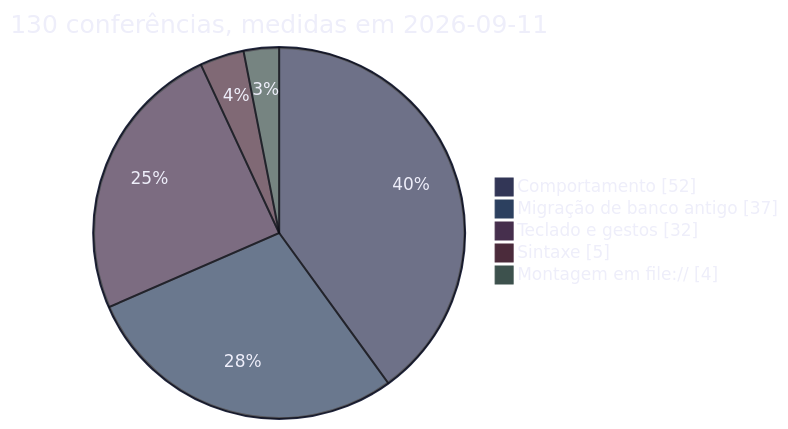
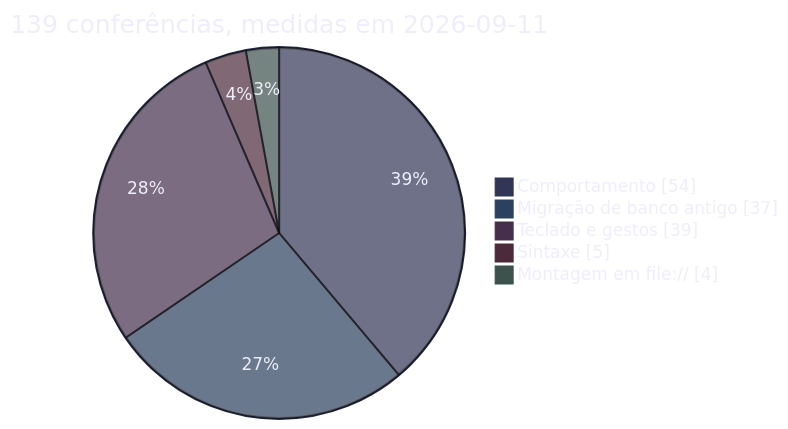
The third of 3 diagrams in README.md (v-amorim/academia), drawn with Mermaid before and after one commit. The commit also changed other lines of this file and 5 other files, not shown here.

````diff
--- a/README.md
+++ b/README.md
@@ -155,44 +155,44 @@
 ```mermaid
 ---
 config:
   theme: base
   themeVariables:
     darkMode: true
     background: "#0D0E17"
     mainBkg: "#141726"
     primaryColor: "#141726"
     primaryTextColor: "#EEEEFA"
     primaryBorderColor: "#7386d0"
     secondaryColor: "#252A42"
     secondaryTextColor: "#EEEEFA"
     tertiaryColor: "#7386D0"
     tertiaryTextColor: "#EEEEFA"
     lineColor: "#7386d0"
     textColor: "#EEEEFA"
     titleColor: "#EEEEFA"
     labelColor: "#EEEEFA"
     nodeBorder: "#7386d0"
     nodeTextColor: "#EEEEFA"
     edgeLabelBackground: "#141726"
     defaultLinkColor: "#7386d0"
     fontFamily: "Mulish, system-ui, sans-serif"
     fontSize: "14px"
     pie1: "#323656"
     pie2: "#2c405f"
     pie3: "#462f4d"
     pie4: "#4b2b3b"
     pie5: "#3d514d"
     pieTitleTextColor: "#EEEEFA"
     pieSectionTextColor: "#EEEEFA"
     pieLegendTextColor: "#EEEEFA"
     pieStrokeColor: "#0D0E17"
     pieOuterStrokeColor: "#252A42"
 ---
 pie showData
-  title 130 conferências, medidas em 2026-09-11
-  "Comportamento" : 52
+  title 139 conferências, medidas em 2026-09-11
+  "Comportamento" : 54
   "Migração de banco antigo" : 37
-  "Teclado e gestos" : 32
+  "Teclado e gestos" : 39
   "Sintaxe" : 5
   "Montagem em file://" : 4
 ```
````
